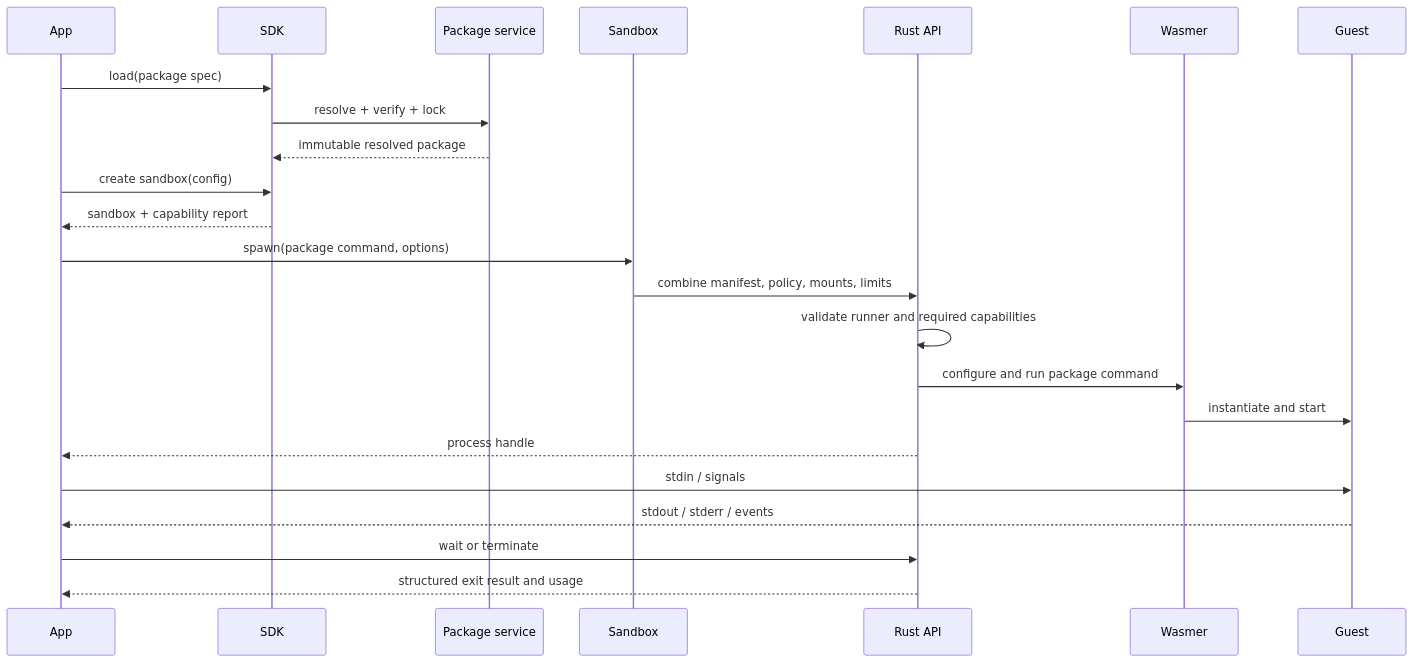
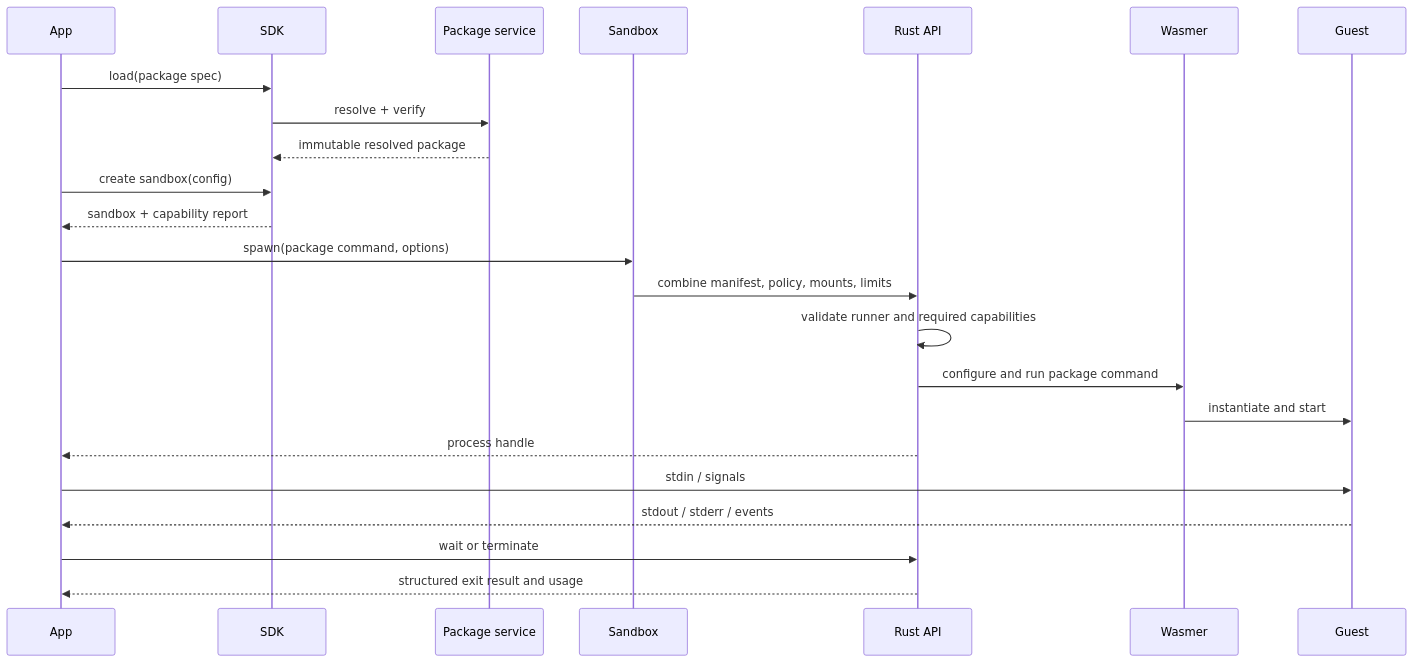
One commit to wasmerio/wasmer-sdk changed the second of 3 diagrams in docs/phase-1/architecture.md. Above: the diagram before and after it, drawn with Mermaid. The commit also changed other lines of this file and 7 other files, not shown here.

````diff
--- a/docs/phase-1/architecture.md
+++ b/docs/phase-1/architecture.md
@@ -298,26 +297,26 @@
 ```mermaid
 sequenceDiagram
     participant App
     participant SDK
     participant Packages as Package service
     participant Sandbox
     participant Rust as Rust API
     participant Wasmer
     participant Guest
 
     App->>SDK: load(package spec)
-    SDK->>Packages: resolve + verify + lock
+    SDK->>Packages: resolve + verify
     Packages-->>SDK: immutable resolved package
     App->>SDK: create sandbox(config)
     SDK-->>App: sandbox + capability report
     App->>Sandbox: spawn(package command, options)
     Sandbox->>Rust: combine manifest, policy, mounts, limits
     Rust->>Rust: validate runner and required capabilities
     Rust->>Wasmer: configure and run package command
     Wasmer->>Guest: instantiate and start
     Rust-->>App: process handle
     App->>Guest: stdin / signals
     Guest-->>App: stdout / stderr / events
     App->>Rust: wait or terminate
     Rust-->>App: structured exit result and usage
 ```
````
